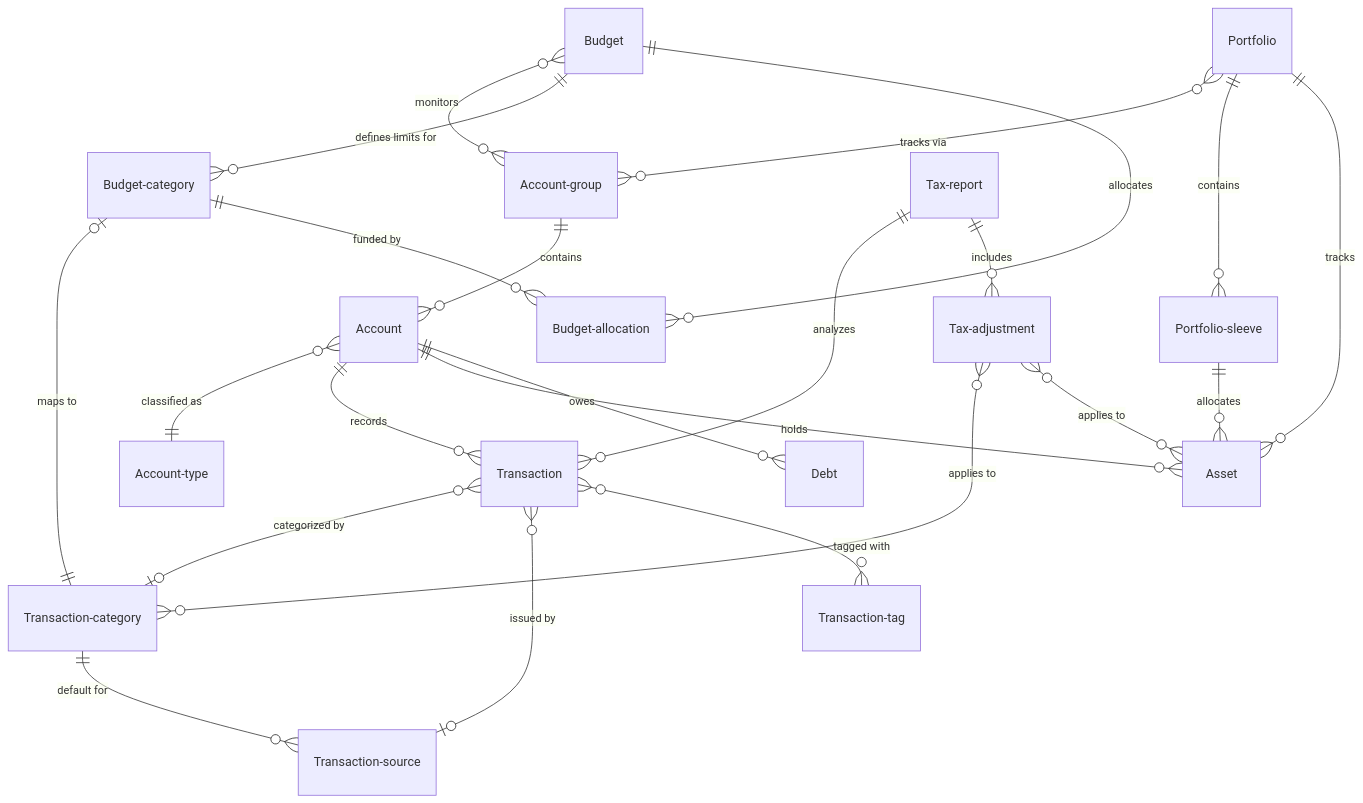
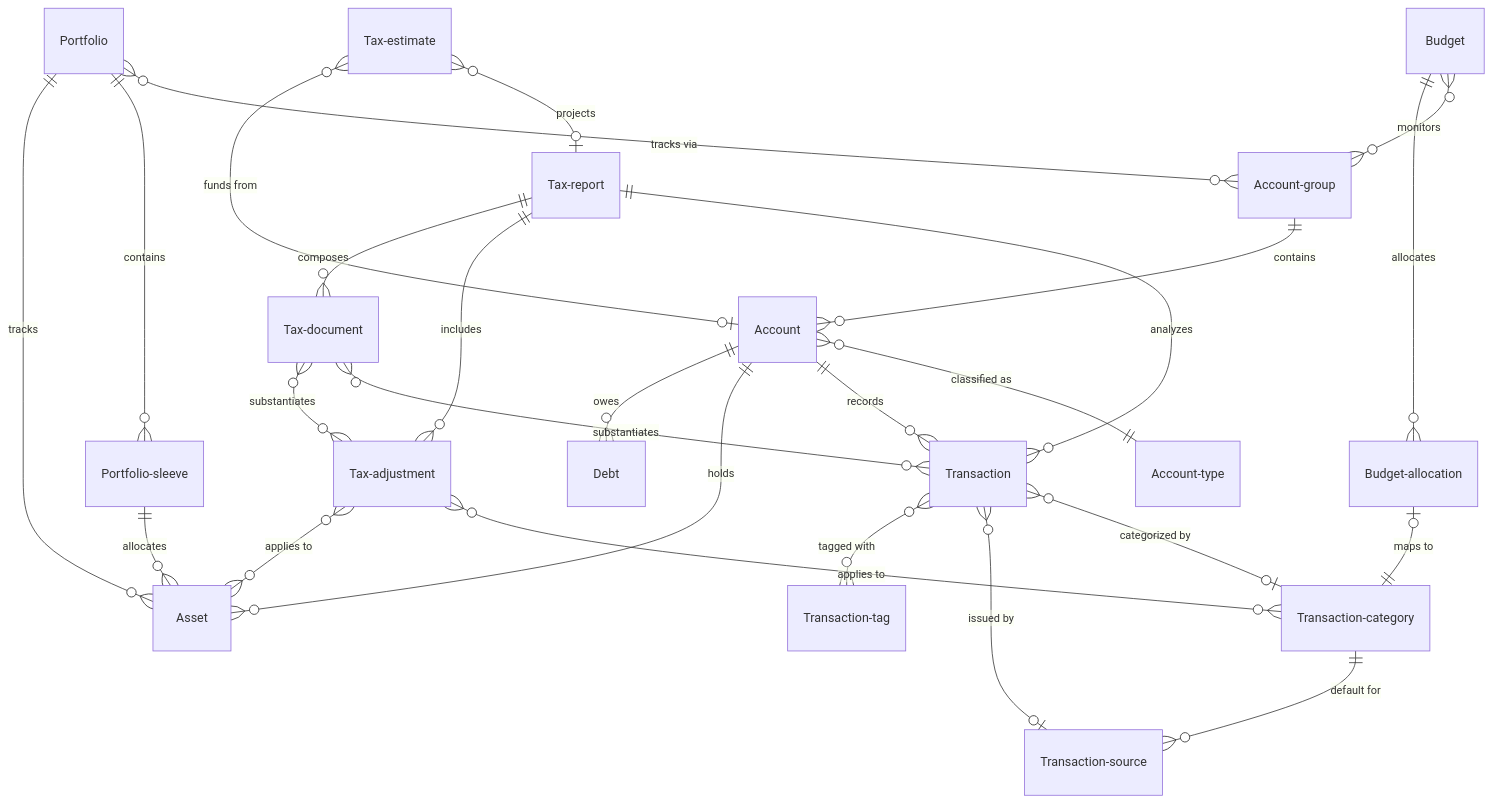
One commit to billdingwall/open-finance changed the fourth of 7 diagrams in docs/_refinement/r6-review.md. Above: the diagram before and after it, drawn with Mermaid. The commit also changed other lines of this file, not shown here.

````diff
--- a/docs/_refinement/r6-review.md
+++ b/docs/_refinement/r6-review.md
@@ -390,25 +549,28 @@
 ```mermaid
 erDiagram
     Account-group ||--o{ Account : "contains"
     Account }o--|| Account-type : "classified as"
     Account ||--o{ Transaction : "records"
     Account ||--o{ Asset : "holds"
     Account ||--o{ Debt : "owes"
     Transaction }o--o| Transaction-category : "categorized by"
     Transaction }o--o| Transaction-source : "issued by"
     Transaction }o--o{ Transaction-tag : "tagged with"
     Transaction-category ||--o{ Transaction-source : "default for"
     Budget }o--o{ Account-group : "monitors"
-    Budget ||--o{ Budget-category : "defines limits for"
     Budget ||--o{ Budget-allocation : "allocates"
-    Budget-category |o--|| Transaction-category : "maps to"
-    Budget-category ||--o{ Budget-allocation : "funded by"
+    Budget-allocation |o--|| Transaction-category : "maps to"
     Portfolio }o--o{ Account-group : "tracks via"
     Portfolio ||--o{ Portfolio-sleeve : "contains"
     Portfolio ||--o{ Asset : "tracks"
     Portfolio-sleeve ||--o{ Asset : "allocates"
     Tax-report ||--o{ Transaction : "analyzes"
     Tax-report ||--o{ Tax-adjustment : "includes"
+    Tax-report ||--o{ Tax-document : "composes"
     Tax-adjustment }o--o{ Transaction-category : "applies to"
     Tax-adjustment }o--o{ Asset : "applies to"
+    Tax-estimate }o--o| Tax-report : "projects"
+    Tax-estimate }o--o| Account : "funds from"
+    Tax-document }o--o{ Transaction : "substantiates"
+    Tax-document }o--o{ Tax-adjustment : "substantiates"
 ```
````
